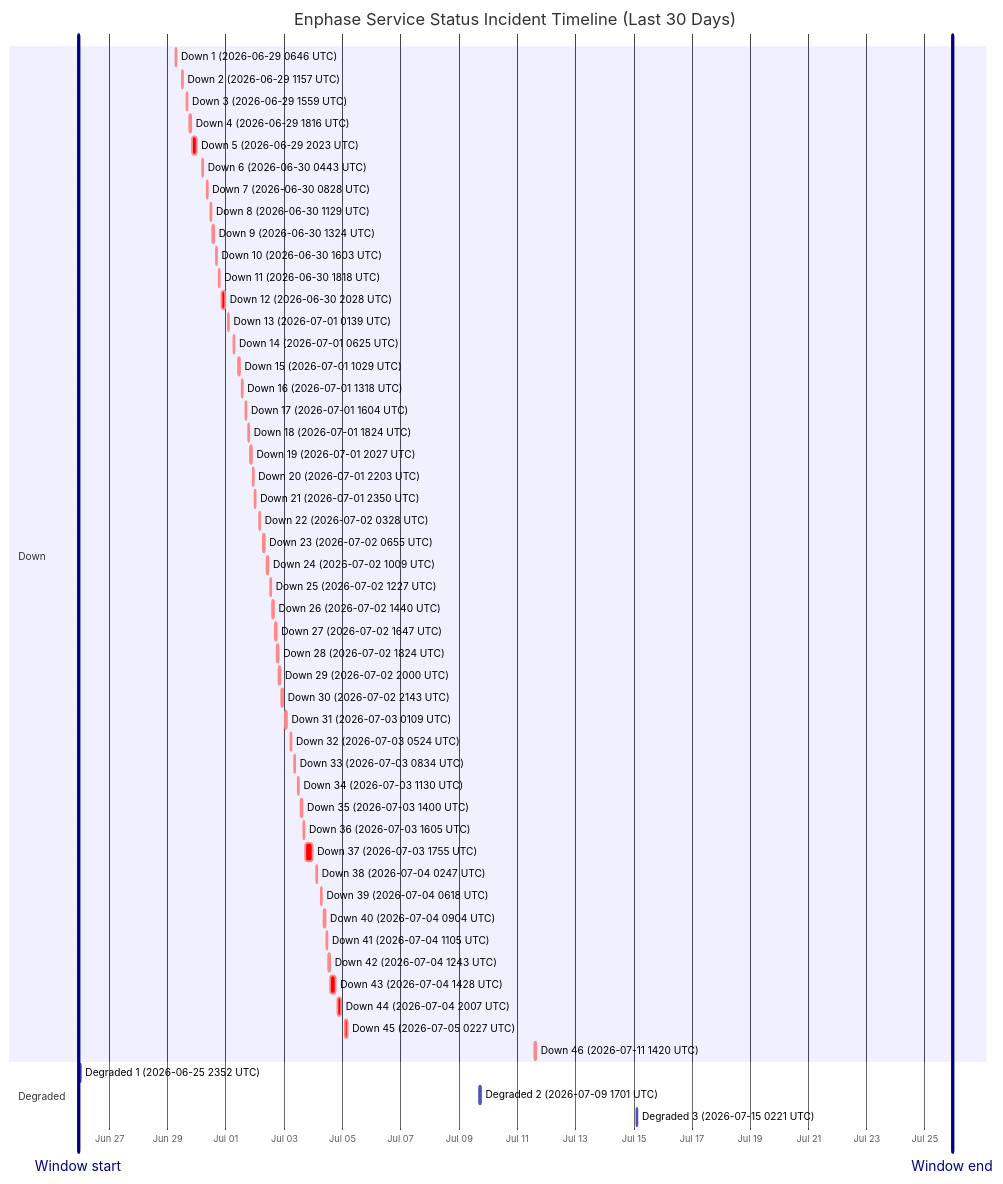
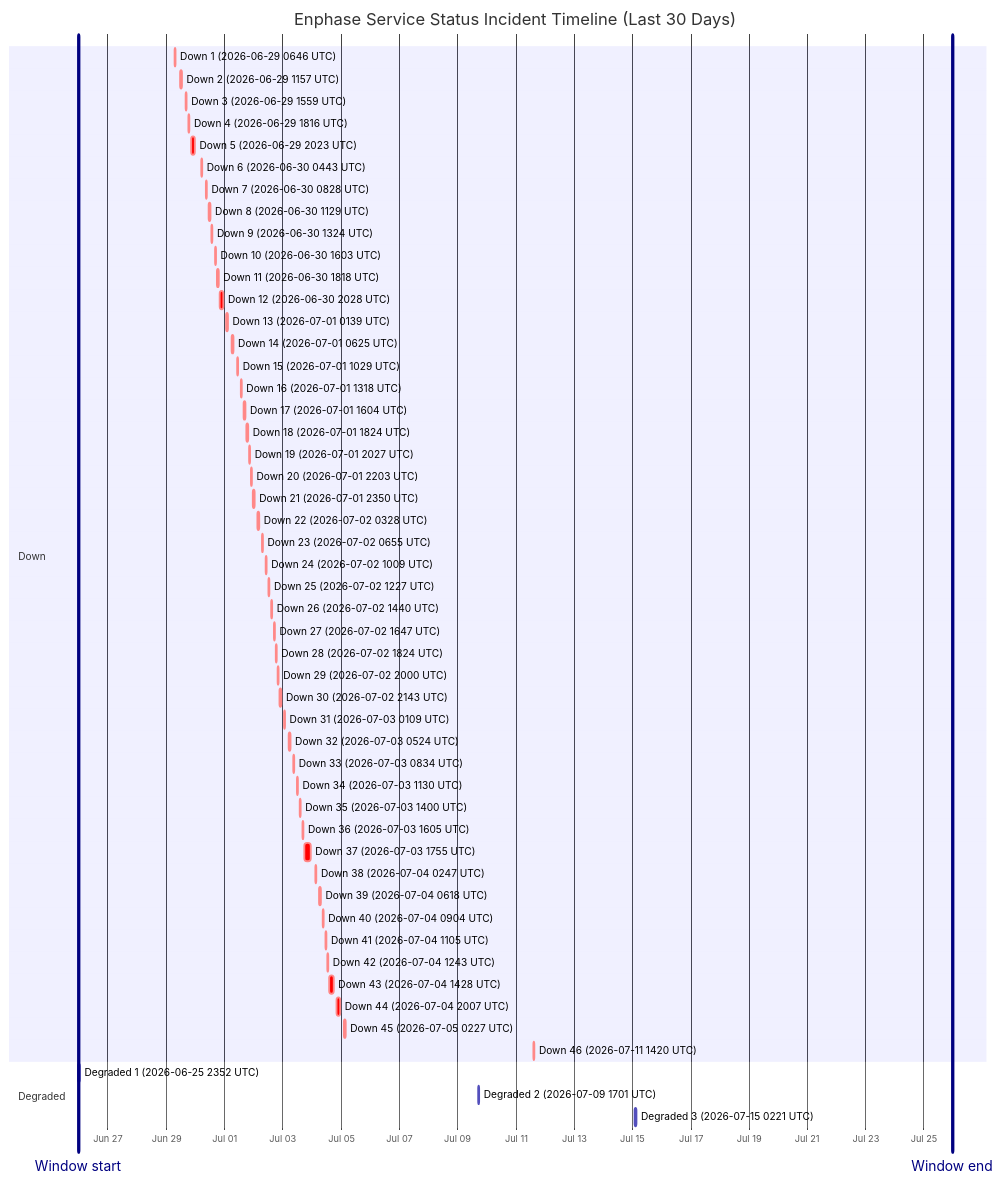
Before and after one commit to barneyonline/ha-enphase-energy: the diagram in wiki/Service-Status-History.md, drawn with Mermaid. The commit also changed other lines of this file and 3 other files, not shown here.

````diff
--- a/wiki/Service-Status-History.md
+++ b/wiki/Service-Status-History.md
@@ -14,59 +14,59 @@
 ```mermaid
 gantt
     title Enphase Service Status Incident Timeline (Last 30 Days)
     dateFormat  YYYY-MM-DDTHH:mm:ss
     axisFormat  %b %d
-    Window start :vert, window-start, 2026-06-25T22:25:55, 0ms
-    Window end :vert, window-end, 2026-07-25T22:25:55, 0ms
+    Window start :vert, window-start, 2026-06-25T23:29:42, 0ms
+    Window end :vert, window-end, 2026-07-25T23:29:42, 0ms
     section Down
     Down 1 (2026-06-29 0646 UTC) :crit, down-1, 2026-06-29T06:46:18, 60m
     Down 2 (2026-06-29 1157 UTC) :crit, down-2, 2026-06-29T11:57:36, 60m
     Down 3 (2026-06-29 1559 UTC) :crit, down-3, 2026-06-29T15:59:02, 60m
     Down 4 (2026-06-29 1816 UTC) :crit, down-4, 2026-06-29T18:16:38, 60m
     Down 5 (2026-06-29 2023 UTC) :crit, down-5, 2026-06-29T20:23:16, 220m
     Down 6 (2026-06-30 0443 UTC) :crit, down-6, 2026-06-30T04:43:54, 60m
     Down 7 (2026-06-30 0828 UTC) :crit, down-7, 2026-06-30T08:28:43, 60m
     Down 8 (2026-06-30 1129 UTC) :crit, down-8, 2026-06-30T11:29:15, 60m
     Down 9 (2026-06-30 1324 UTC) :crit, down-9, 2026-06-30T13:24:25, 60m
     Down 10 (2026-06-30 1603 UTC) :crit, down-10, 2026-06-30T16:03:26, 60m
     Down 11 (2026-06-30 1818 UTC) :crit, down-11, 2026-06-30T18:18:39, 60m
     Down 12 (2026-06-30 2028 UTC) :crit, down-12, 2026-06-30T20:28:54, 171m
     Down 13 (2026-07-01 0139 UTC) :crit, down-13, 2026-07-01T01:39:18, 60m
     Down 14 (2026-07-01 0625 UTC) :crit, down-14, 2026-07-01T06:25:35, 60m
     Down 15 (2026-07-01 1029 UTC) :crit, down-15, 2026-07-01T10:29:24, 60m
     Down 16 (2026-07-01 1318 UTC) :crit, down-16, 2026-07-01T13:18:31, 60m
     Down 17 (2026-07-01 1604 UTC) :crit, down-17, 2026-07-01T16:04:29, 60m
     Down 18 (2026-07-01 1824 UTC) :crit, down-18, 2026-07-01T18:24:21, 60m
     Down 19 (2026-07-01 2027 UTC) :crit, down-19, 2026-07-01T20:27:17, 60m
     Down 20 (2026-07-01 2203 UTC) :crit, down-20, 2026-07-01T22:03:46, 60m
     Down 21 (2026-07-01 2350 UTC) :crit, down-21, 2026-07-01T23:50:52, 60m
     Down 22 (2026-07-02 0328 UTC) :crit, down-22, 2026-07-02T03:28:33, 60m
     Down 23 (2026-07-02 0655 UTC) :crit, down-23, 2026-07-02T06:55:07, 60m
     Down 24 (2026-07-02 1009 UTC) :crit, down-24, 2026-07-02T10:09:15, 60m
     Down 25 (2026-07-02 1227 UTC) :crit, down-25, 2026-07-02T12:27:49, 60m
     Down 26 (2026-07-02 1440 UTC) :crit, down-26, 2026-07-02T14:40:53, 60m
     Down 27 (2026-07-02 1647 UTC) :crit, down-27, 2026-07-02T16:47:47, 60m
     Down 28 (2026-07-02 1824 UTC) :crit, down-28, 2026-07-02T18:24:26, 60m
     Down 29 (2026-07-02 2000 UTC) :crit, down-29, 2026-07-02T20:00:57, 60m
     Down 30 (2026-07-02 2143 UTC) :crit, down-30, 2026-07-02T21:43:52, 80m
     Down 31 (2026-07-03 0109 UTC) :crit, down-31, 2026-07-03T01:09:19, 60m
     Down 32 (2026-07-03 0524 UTC) :crit, down-32, 2026-07-03T05:24:23, 60m
     Down 33 (2026-07-03 0834 UTC) :crit, down-33, 2026-07-03T08:34:05, 60m
     Down 34 (2026-07-03 1130 UTC) :crit, down-34, 2026-07-03T11:30:41, 60m
     Down 35 (2026-07-03 1400 UTC) :crit, down-35, 2026-07-03T14:00:48, 60m
     Down 36 (2026-07-03 1605 UTC) :crit, down-36, 2026-07-03T16:05:49, 60m
     Down 37 (2026-07-03 1755 UTC) :crit, down-37, 2026-07-03T17:55:54, 338m
     Down 38 (2026-07-04 0247 UTC) :crit, down-38, 2026-07-04T02:47:22, 60m
     Down 39 (2026-07-04 0618 UTC) :crit, down-39, 2026-07-04T06:18:09, 60m
     Down 40 (2026-07-04 0904 UTC) :crit, down-40, 2026-07-04T09:04:41, 60m
     Down 41 (2026-07-04 1105 UTC) :crit, down-41, 2026-07-04T11:05:21, 60m
     Down 42 (2026-07-04 1243 UTC) :crit, down-42, 2026-07-04T12:43:25, 60m
     Down 43 (2026-07-04 1428 UTC) :crit, down-43, 2026-07-04T14:28:07, 243m
     Down 44 (2026-07-04 2007 UTC) :crit, down-44, 2026-07-04T20:07:50, 206m
     Down 45 (2026-07-05 0227 UTC) :crit, down-45, 2026-07-05T02:27:32, 109m
     Down 46 (2026-07-11 1420 UTC) :crit, down-46, 2026-07-11T14:20:54, 69m
     section Degraded
     Degraded 1 (2026-06-25 2352 UTC) :active, degraded-1, 2026-06-25T23:52:01, 60m
     Degraded 2 (2026-07-09 1701 UTC) :active, degraded-2, 2026-07-09T17:01:02, 60m
     Degraded 3 (2026-07-15 0221 UTC) :active, degraded-3, 2026-07-15T02:21:35, 60m
 ```
````
